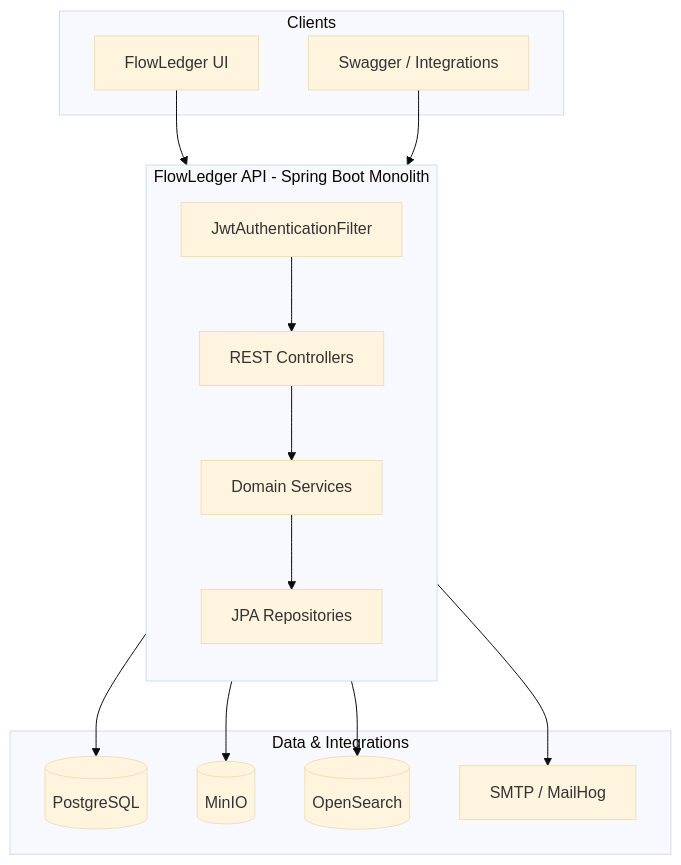
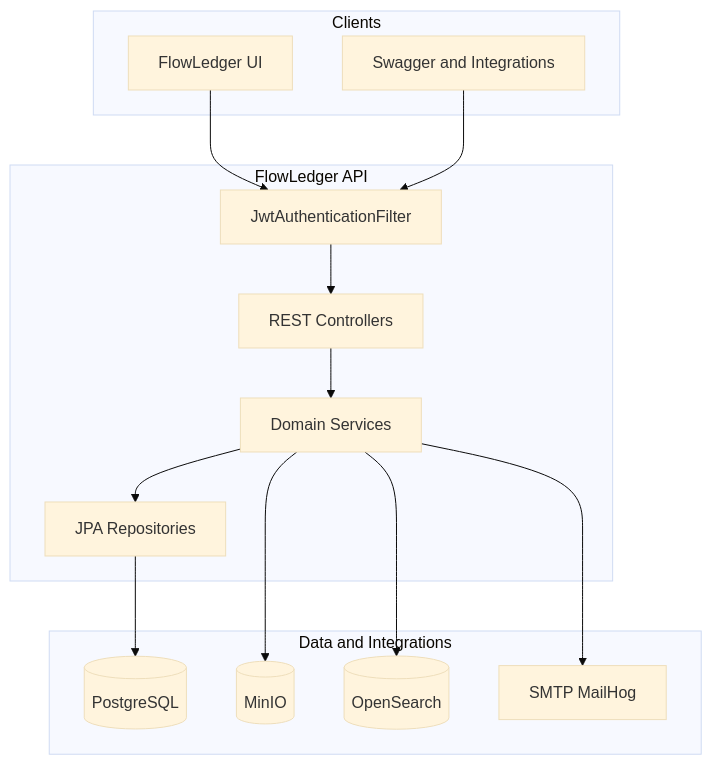
One commit to defector221/FlowLedgerAPI changed the first of 6 diagrams in README.md. Above: the diagram before and after it, drawn with Mermaid (base theme). The commit also changed other lines of this file and 15 other files, not shown here.

````diff
--- a/README.md
+++ b/README.md
@@ -28,30 +28,29 @@
 ```mermaid
 flowchart TB
-  subgraph clients [Clients]
-    UI[FlowLedger UI]
-    Swagger[Swagger / Integrations]
+  subgraph clients ["Clients"]
+    UI["FlowLedger UI"]
+    Swagger["Swagger and Integrations"]
   end
 
-  subgraph api [FlowLedger API - Spring Boot Monolith]
-  direction TB
-    Filter[JwtAuthenticationFilter]
-    Controllers[REST Controllers]
-    Services[Domain Services]
-    Repos[JPA Repositories]
+  subgraph api ["FlowLedger API"]
+    Filter["JwtAuthenticationFilter"]
+    Controllers["REST Controllers"]
+    Services["Domain Services"]
+    Repos["JPA Repositories"]
     Filter --> Controllers --> Services --> Repos
   end
 
-  subgraph data [Data & Integrations]
-    PG[(PostgreSQL)]
-    MinIO[(MinIO)]
-    OS[(OpenSearch)]
-    SMTP[SMTP / MailHog]
+  subgraph data ["Data and Integrations"]
+    PG[("PostgreSQL")]
+    MinIO[("MinIO")]
+    OS[("OpenSearch")]
+    SMTP["SMTP MailHog"]
   end
 
   UI --> Filter
   Swagger --> Filter
   Repos --> PG
   Services --> MinIO
   Services --> OS
   Services --> SMTP
 ```
````
